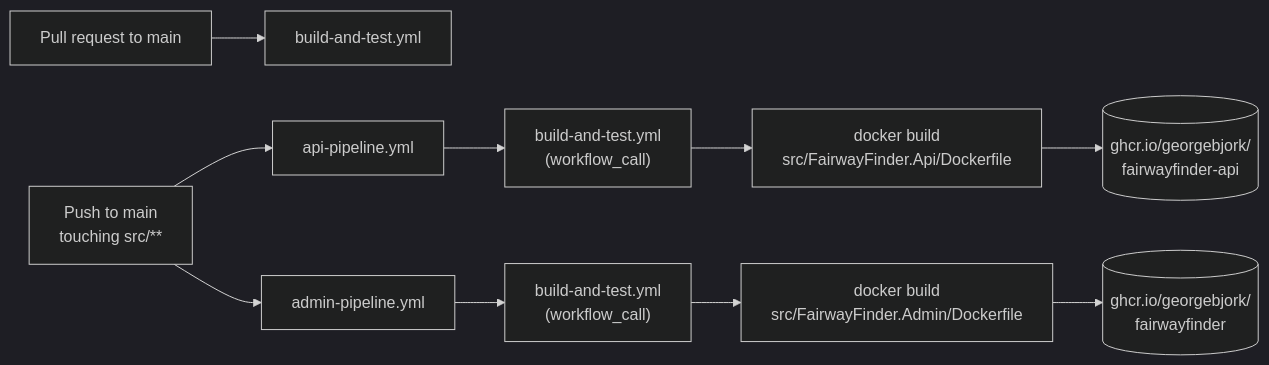
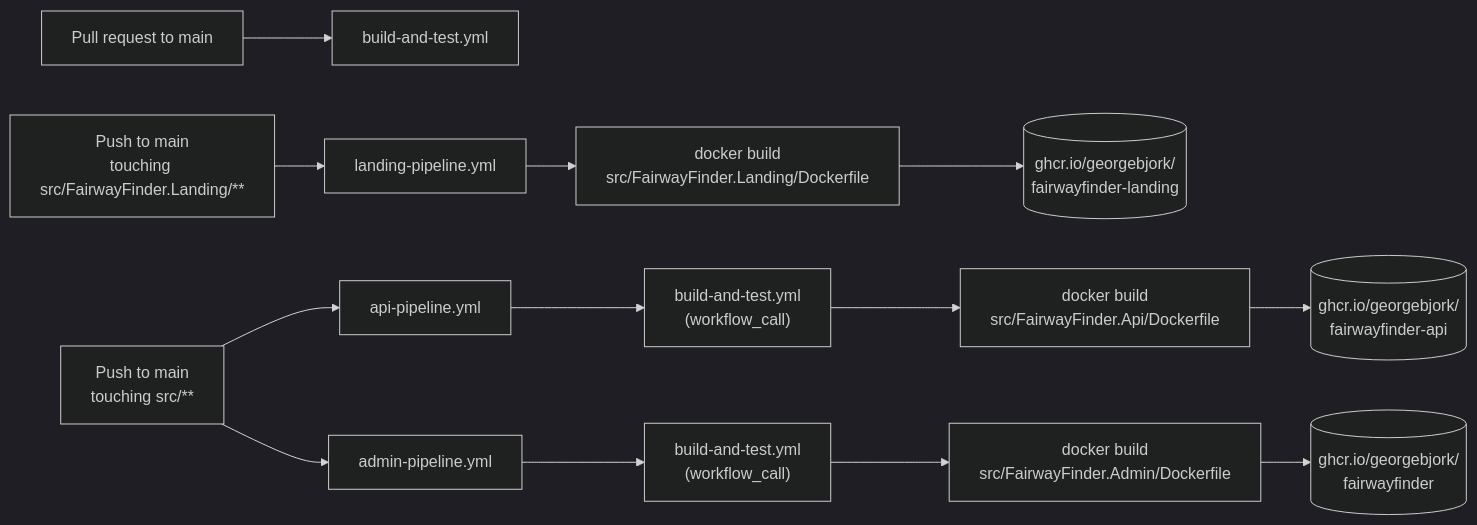
One commit to georgebjork/FairwayFinder changed the diagram in docs/architecture/deployment.md. Above: the diagram before and after it, drawn with Mermaid (dark theme). The commit also changed other lines of this file and 29 other files, not shown here.

````diff
--- a/docs/architecture/deployment.md
+++ b/docs/architecture/deployment.md
@@ -7,8 +7,9 @@
 ```mermaid
 flowchart LR
     pr["Pull request to main"] --> bt1["build-and-test.yml"]
     push["Push to main<br/>touching src/**"] --> api["api-pipeline.yml"]
     push --> admin["admin-pipeline.yml"]
+    pushl["Push to main<br/>touching src/FairwayFinder.Landing/**"] --> landing["landing-pipeline.yml"] --> landingimg["docker build<br/>src/FairwayFinder.Landing/Dockerfile"] --> ghcr3[("ghcr.io/georgebjork/<br/>fairwayfinder-landing")]
     api --> bt2["build-and-test.yml<br/>(workflow_call)"] --> apiimg["docker build<br/>src/FairwayFinder.Api/Dockerfile"] --> ghcr1[("ghcr.io/georgebjork/<br/>fairwayfinder-api")]
     admin --> bt3["build-and-test.yml<br/>(workflow_call)"] --> adminimg["docker build<br/>src/FairwayFinder.Admin/Dockerfile"] --> ghcr2[("ghcr.io/georgebjork/<br/>fairwayfinder")]
 ```
````
